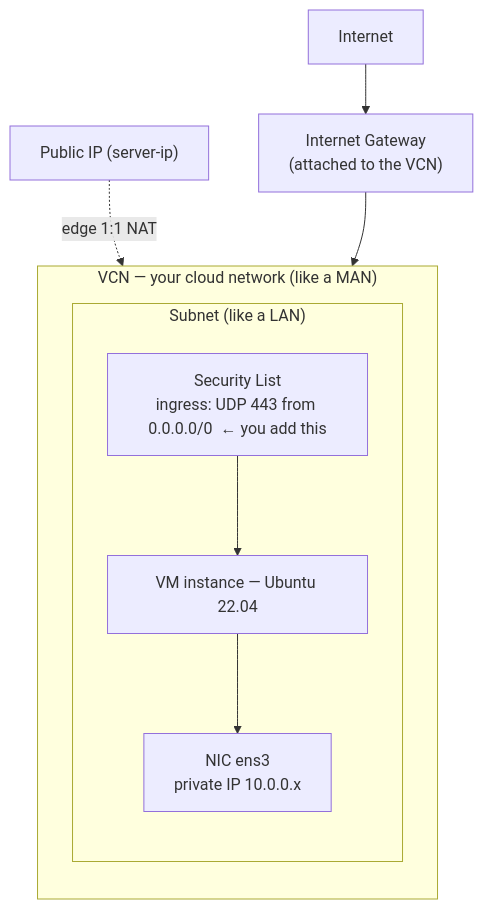
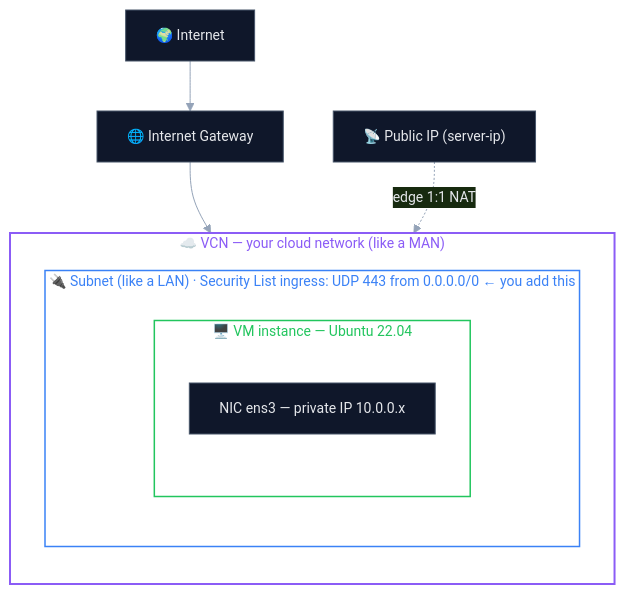
Before and after one commit to codereyinish/ColdVPN: the diagram in server/CREATE-VM.md, drawn with Mermaid. The commit also changed 1 other file, not shown here.

Commit message:
Diagrams: symbols + readable theme on packet flow; add return-path diagram; true VCN⊃subnet⊃VM⊃ens3 nesting

````diff
--- a/server/CREATE-VM.md
+++ b/server/CREATE-VM.md
@@ -17,14 +17,23 @@
 ```mermaid
+%%{init: {'theme':'base','themeVariables':{'primaryColor':'#0f172a','primaryTextColor':'#e5e7eb','primaryBorderColor':'#475569','lineColor':'#94a3b8','fontSize':'14px'}}}%%
 flowchart TD
-    Net["Internet"] --> IGW["Internet Gateway<br/>(attached to the VCN)"]
+    Net["🌍 Internet"] --> IGW["🌐 Internet Gateway"]
     IGW --> VCN
-    subgraph VCN["VCN — your cloud network (like a MAN)"]
+
+    subgraph VCN["☁️ VCN — your cloud network (like a MAN)"]
         direction TB
-        subgraph SUB["Subnet (like a LAN)"]
+        subgraph SUB["🔌 Subnet (like a LAN) · Security List ingress: UDP 443 from 0.0.0.0/0 ← you add this"]
             direction TB
-            SL["Security List<br/>ingress: UDP 443 from 0.0.0.0/0  ← you add this"] --> VM["VM instance — Ubuntu 22.04"]
-            VM --> ENS3["NIC ens3<br/>private IP 10.0.0.x"]
+            subgraph VM["🖥️ VM instance — Ubuntu 22.04"]
+                direction TB
+                ENS3["NIC ens3 — private IP 10.0.0.x"]
+            end
         end
     end
-    PUB["Public IP (server-ip)"] -. "edge 1:1 NAT" .-> ENS3
+
+    PUB["📡 Public IP (server-ip)"] -. "edge 1:1 NAT" .-> VM
+
+    style VCN fill:none,stroke:#8b5cf6,stroke-width:2px,color:#8b5cf6
+    style SUB fill:none,stroke:#3b82f6,stroke-width:1.5px,color:#3b82f6
+    style VM fill:none,stroke:#22c55e,stroke-width:1.5px,color:#22c55e
 ```
````
